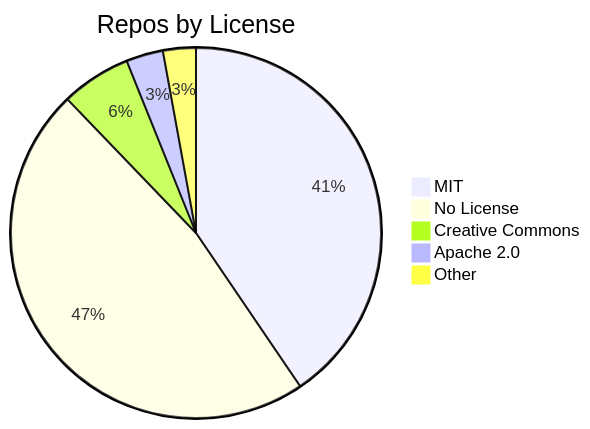
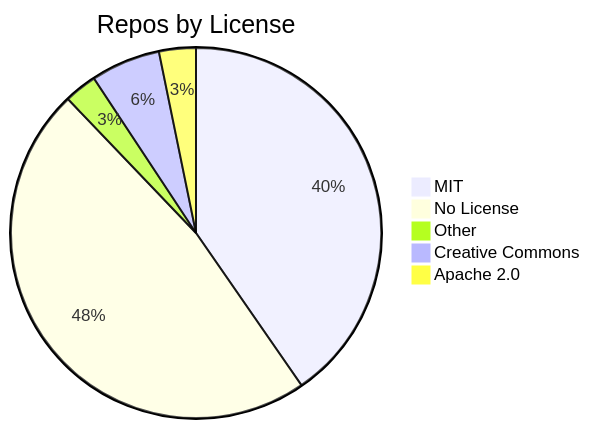
Before and after one commit to jpatterson933/awesome-mcp-server-repo-index: the diagram in README.md, drawn with Mermaid. The commit also changed other lines of this file and 3 other files, not shown here.

````diff
--- a/README.md
+++ b/README.md
@@ -29,8 +29,8 @@
 ```mermaid
 pie title Repos by License
     "MIT" : 113
-    "No License" : 132
+    "No License" : 133
+    "Other" : 8
     "Creative Commons" : 17
     "Apache 2.0" : 9
-    "Other" : 8
 ```
````
